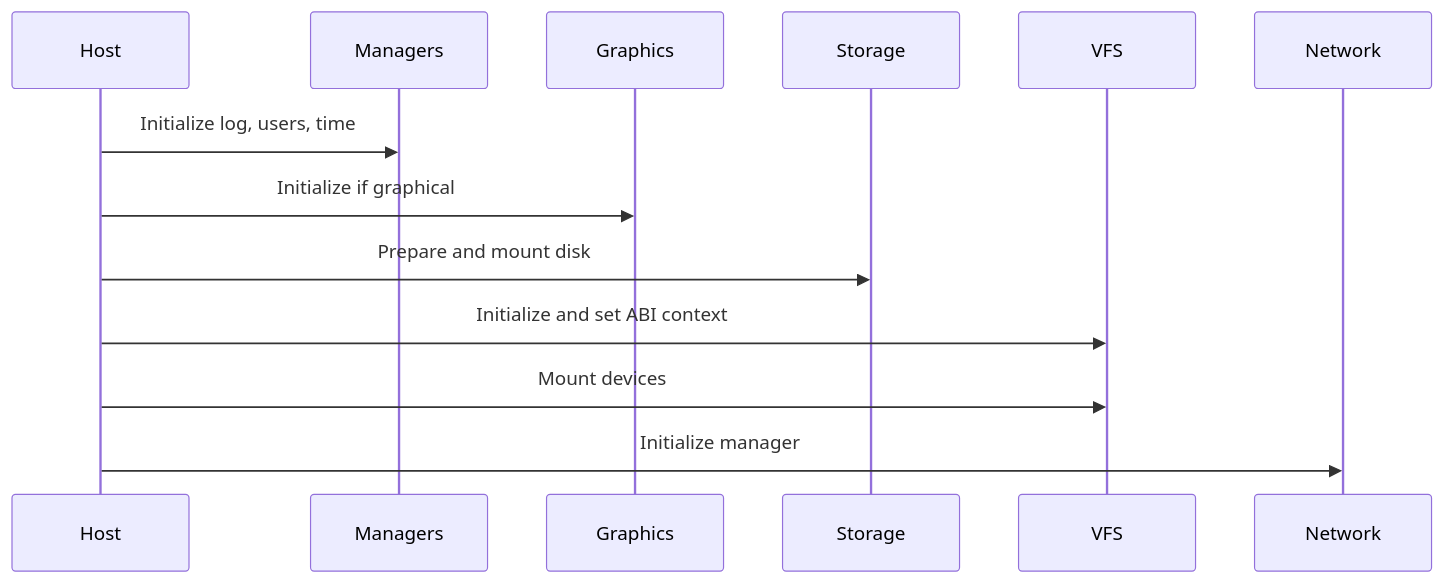
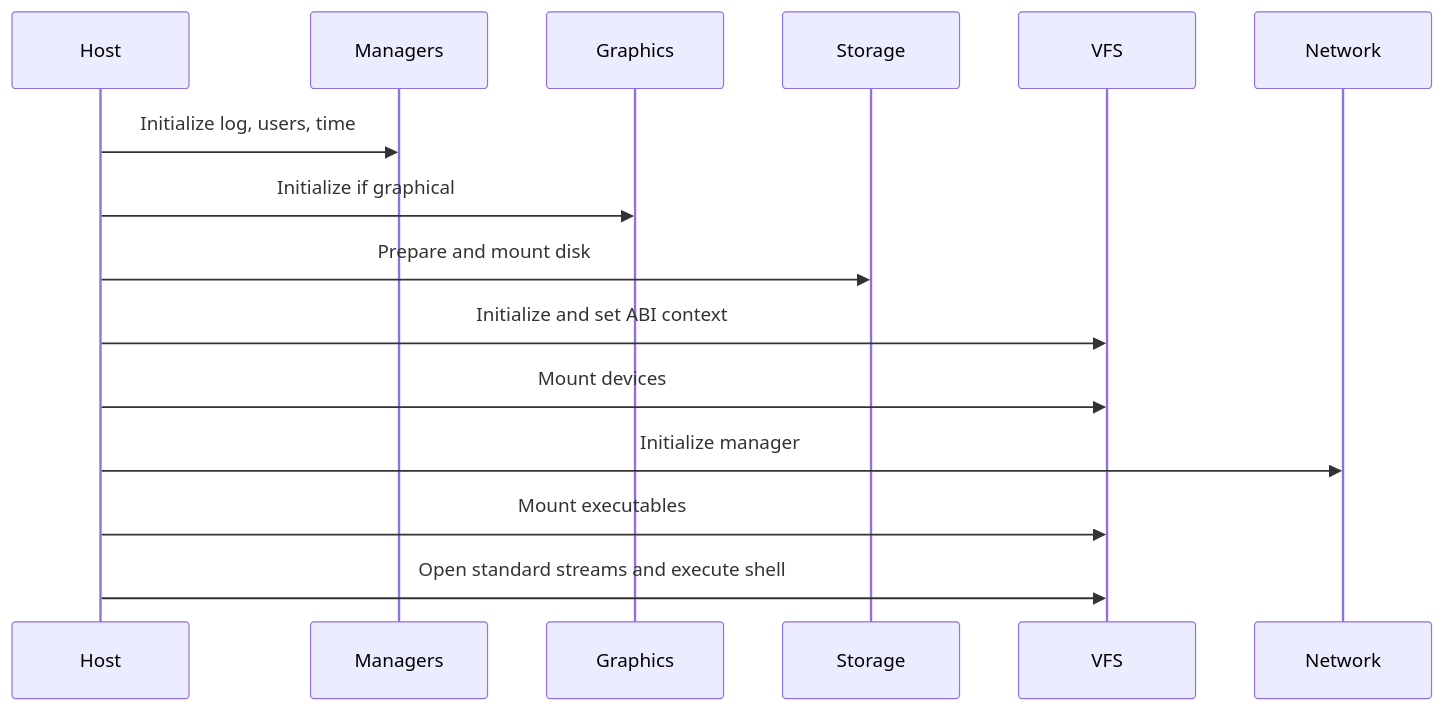
One commit to xila-project/website changed the diagram in src/content/docs/how-to/integrate-host.mdx. Above: the diagram before and after it, drawn with Mermaid. The commit also changed other lines of this file, not shown here.

Commit message:
docs: complete the host initialization sequence

````diff
--- a/src/content/docs/how-to/integrate-host.mdx
+++ b/src/content/docs/how-to/integrate-host.mdx
@@ -26,15 +27,17 @@
 ```mermaid
 sequenceDiagram
     participant Host
     participant Managers
     participant Graphics
     participant Storage
     participant VFS
     participant Network
     Host->>Managers: Initialize log, users, time
     Host->>Graphics: Initialize if graphical
     Host->>Storage: Prepare and mount disk
     Host->>VFS: Initialize and set ABI context
     Host->>VFS: Mount devices
     Host->>Network: Initialize manager
+    Host->>VFS: Mount executables
+    Host->>VFS: Open standard streams and execute shell
 ```
````
